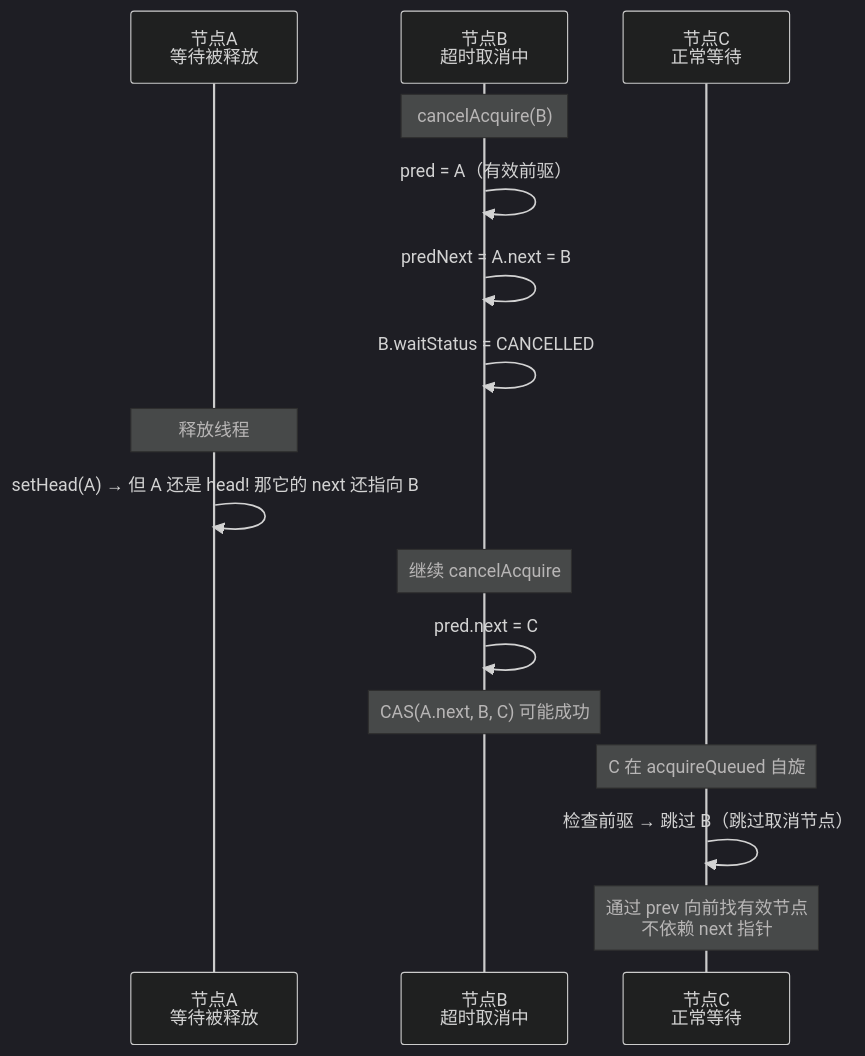
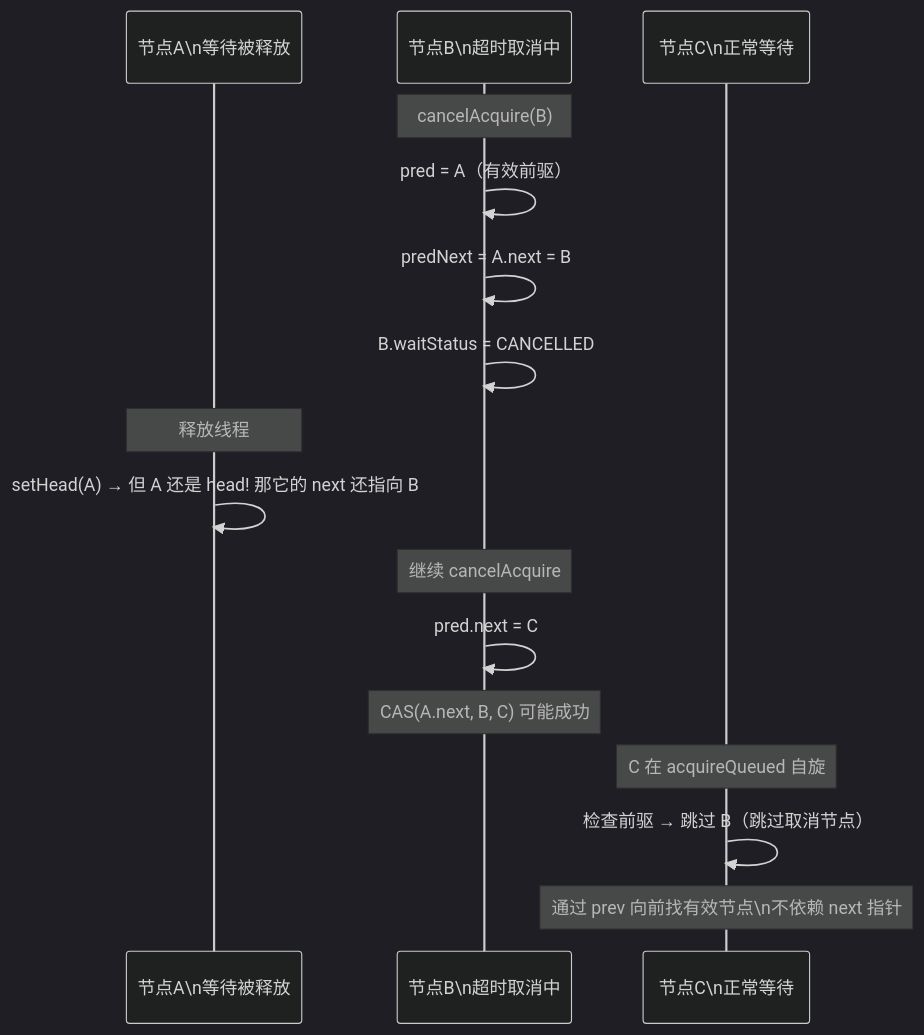
Before and after one commit to yaocat55/yaocat55.github.io: the tenth of 11 diagrams in content/posts/concurrency/AqsDeepAnalysis.md, drawn with Mermaid (dark theme). The commit also changed other lines of this file and 155 other files, not shown here.

````diff
--- a/content/posts/concurrency/AqsDeepAnalysis.md
+++ b/content/posts/concurrency/AqsDeepAnalysis.md
@@ -650,22 +705,22 @@
 ```mermaid
 sequenceDiagram
-    participant A as 节点A<br/>等待被释放
-    participant B as 节点B<br/>超时取消中
-    participant C as 节点C<br/>正常等待
+    participant A as 节点A\n等待被释放
+    participant B as 节点B\n超时取消中
+    participant C as 节点C\n正常等待
 
     Note over B: cancelAcquire(B)
     B->>B: pred = A（有效前驱）
     B->>B: predNext = A.next = B
     B->>B: B.waitStatus = CANCELLED
 
     Note over A: 释放线程
     A->>A: setHead(A) → 但 A 还是 head! 那它的 next 还指向 B
 
     Note over B: 继续 cancelAcquire
     B->>B: pred.next = C
     Note over B: CAS(A.next, B, C) 可能成功
 
     Note over C: C 在 acquireQueued 自旋
     C->>C: 检查前驱 → 跳过 B（跳过取消节点）
-    Note over C: 通过 prev 向前找有效节点<br/>不依赖 next 指针
+    Note over C: 通过 prev 向前找有效节点\n不依赖 next 指针
 ```
````
